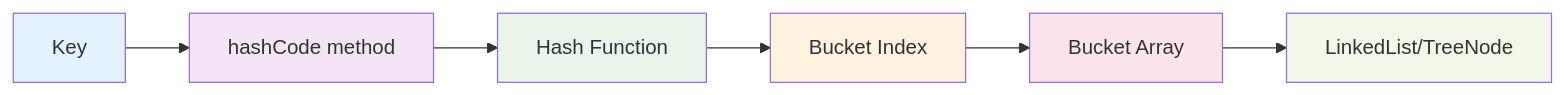
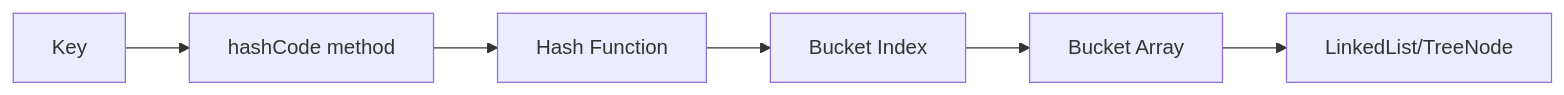
The second of 4 diagrams in readme/course5/Map.md (prasanvb/Java), drawn with Mermaid before and after one commit. The commit also changed other lines of this file, not shown here.

````diff
--- a/readme/course5/Map.md
+++ b/readme/course5/Map.md
@@ -85,15 +79,8 @@
 ```mermaid
 flowchart LR
     A[Key] --> B[hashCode method]
     B --> C[Hash Function]
     C --> D[Bucket Index]
     D --> E[Bucket Array]
     E --> F[LinkedList/TreeNode]
-    
-    style A fill:#e3f2fd
-    style B fill:#f3e5f5
-    style C fill:#e8f5e8
-    style D fill:#fff3e0
-    style E fill:#fce4ec
-    style F fill:#f1f8e9
 ```
````
